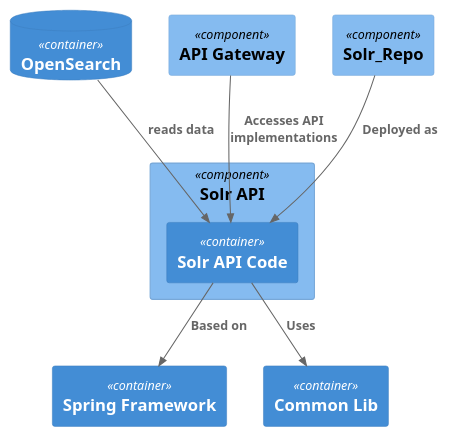
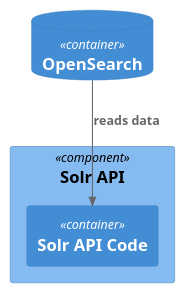
One commit to brunasti/icepanel-tools changed the diagram in docs/icePanel-C4-output-3-Solr API.puml. Above: the diagram before and after it, drawn with PlantUML. The commit also changed 39 other files, not shown here.

```diff
--- a/docs/icePanel-C4-output-3-Solr API.puml
+++ b/docs/icePanel-C4-output-3-Solr API.puml
@@ -1,40 +1,32 @@
 @startuml
 'https://plantuml.com/class-diagram
 ' CONVERT ICEPANEL DIAGRAM ===========
 ' Converter          : it.brunasti.icepanel.tools.IcePanelToPlantUmlConverter
-' IcePanel JSON File : [./src/test/resources/icepanel-plain.json]
+' IcePanel JSON File : [./src/test/resources/icepanel-structured.json]
 ' Configuration      : [./docs/config.json]
-' Generated at       : Wed Apr 10 10:08:21 CEST 2024
+' Generated at       : Wed Apr 10 11:28:48 CEST 2024
 
 !include https://raw.githubusercontent.com/plantuml-stdlib/C4-PlantUML/master/C4_Context.puml
 !include https://raw.githubusercontent.com/plantuml-stdlib/C4-PlantUML/master/C4_Component.puml
 
 
 ' Include         : [./docs/include.txt] ---------
 hide empty members
 ' Include end     : --------------------------
 
 
 Component(OmsC5XSTv64h2ua9yNDK, "Solr API", "" ) { 
     ' CLASSES =======
     Container(Vg8nvjzPDirSBRjT8K3Q, "Solr API Code", "", "" )
 }
 
 
 ' NEIGHBOR CLASSES =======
-Container(JOCj92Vc2CEAUN8hquBI, "Spring Framework", "", "" )
 ContainerDb(MzZVLTUQ74KbySVwdHfZ, "OpenSearch", "", "" )
-Component(heuHGHPQyPiOSCrreA29, "API Gateway", "" )
-Container(DqaxYHtWGYqlWeYgZkyP, "Common Lib", "", "" )
-Component(nd7uOWs4bfaeXm73vKFa, "Solr_Repo", "" )
 
 
 ' CONNECTIONS =======
 Rel(MzZVLTUQ74KbySVwdHfZ, Vg8nvjzPDirSBRjT8K3Q, "reads data" )
-Rel(Vg8nvjzPDirSBRjT8K3Q, DqaxYHtWGYqlWeYgZkyP, "Uses" )
-Rel(nd7uOWs4bfaeXm73vKFa, Vg8nvjzPDirSBRjT8K3Q, "Deployed as" )
-Rel(Vg8nvjzPDirSBRjT8K3Q, JOCj92Vc2CEAUN8hquBI, "Based on" )
-Rel(heuHGHPQyPiOSCrreA29, Vg8nvjzPDirSBRjT8K3Q, "Accesses API implementations" )
 
 
 @enduml
```
